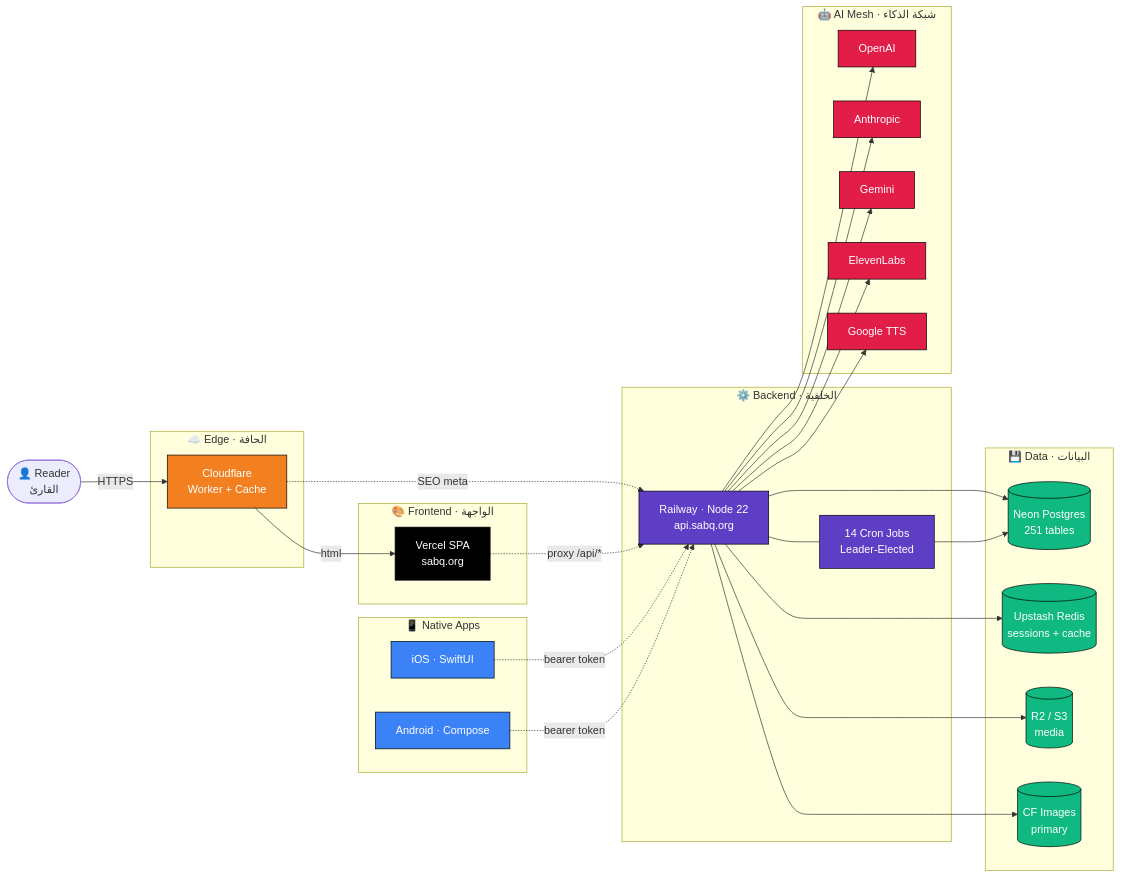
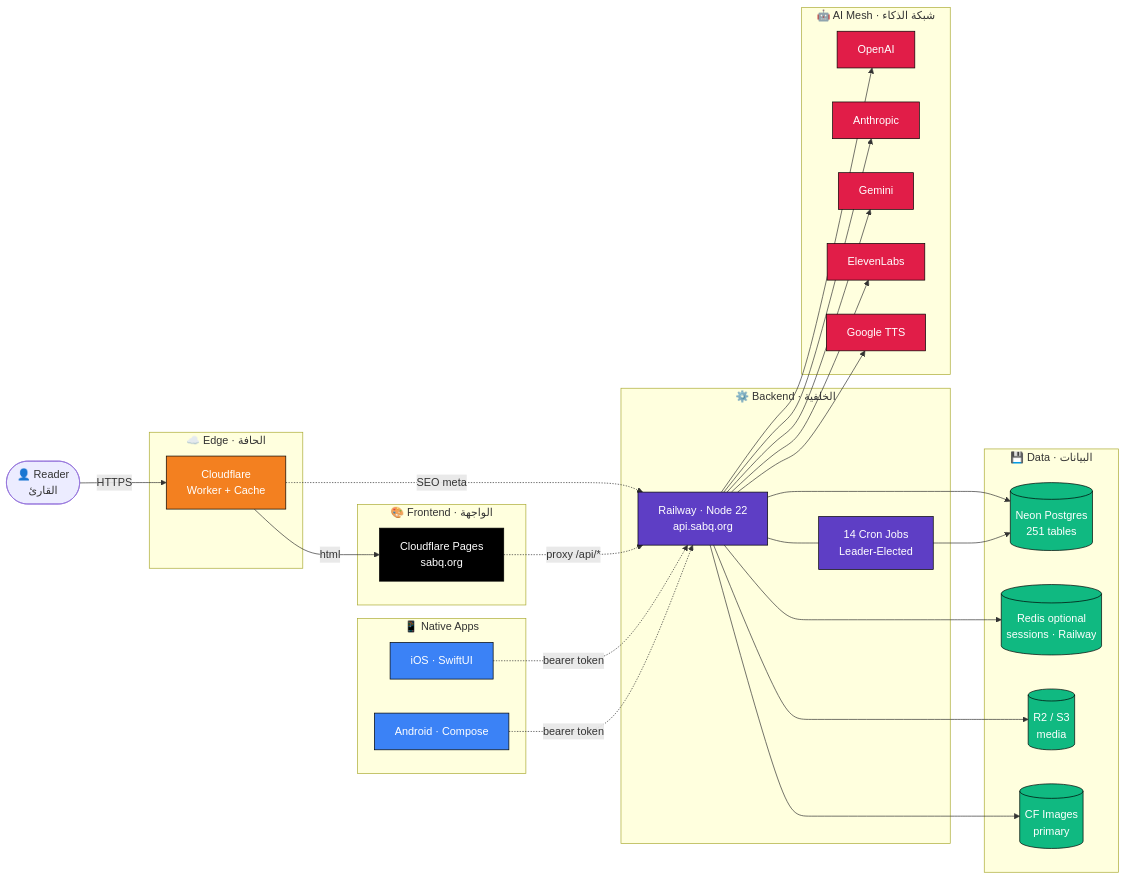
Before and after one commit to sabq4org/sabq.org: the diagram in README.md, drawn with Mermaid. The commit also changed other lines of this file and 6 other files, not shown here.

First line of the commit message:
docs: record Cloudflare Pages production cutover from Replit

````diff
--- a/README.md
+++ b/README.md
@@ -126,63 +126,63 @@
 ```mermaid
 flowchart LR
     Reader([👤 Reader<br/>القارئ])
     
     subgraph Edge["☁️ Edge · الحافة"]
         CF[Cloudflare<br/>Worker + Cache]
     end
     
     subgraph Frontend["🎨 Frontend · الواجهة"]
-        V[Vercel SPA<br/>sabq.org]
+        V[Cloudflare Pages<br/>sabq.org]
     end
     
     subgraph Backend["⚙️ Backend · الخلفية"]
         R[Railway · Node 22<br/>api.sabq.org]
         Jobs[14 Cron Jobs<br/>Leader-Elected]
     end
     
     subgraph Data["💾 Data · البيانات"]
         N[(Neon Postgres<br/>251 tables)]
-        U[(Upstash Redis<br/>sessions + cache)]
+        U[(Redis optional<br/>sessions · Railway)]
         S3[(R2 / S3<br/>media)]
         CFI[(CF Images<br/>primary)]
     end
     
     subgraph AI["🤖 AI Mesh · شبكة الذكاء"]
         O[OpenAI]
         A[Anthropic]
         G[Gemini]
         E[ElevenLabs]
         T[Google TTS]
     end
     
     subgraph Mobile["📱 Native Apps"]
         iOS[iOS · SwiftUI]
         Android[Android · Compose]
     end
     
     Reader -->|HTTPS| CF
     CF -->|html| V
     CF -.SEO meta.-> R
     V -.proxy /api/*.-> R
     iOS -.bearer token.-> R
     Android -.bearer token.-> R
     
     R --> N & U & S3 & CFI
     R --> O & A & G & E & T
     R --- Jobs
     Jobs --> N
 
     classDef edge fill:#f38020,color:#fff,stroke:#000
     classDef front fill:#000,color:#fff,stroke:#000
     classDef back fill:#5e3ec5,color:#fff,stroke:#000
     classDef data fill:#10b981,color:#fff,stroke:#000
     classDef ai fill:#e11d48,color:#fff,stroke:#000
     classDef mobile fill:#3b82f6,color:#fff,stroke:#000
     
     class CF edge
     class V front
     class R,Jobs back
     class N,U,S3,CFI data
     class O,A,G,E,T ai
     class iOS,Android mobile
 ```
````
